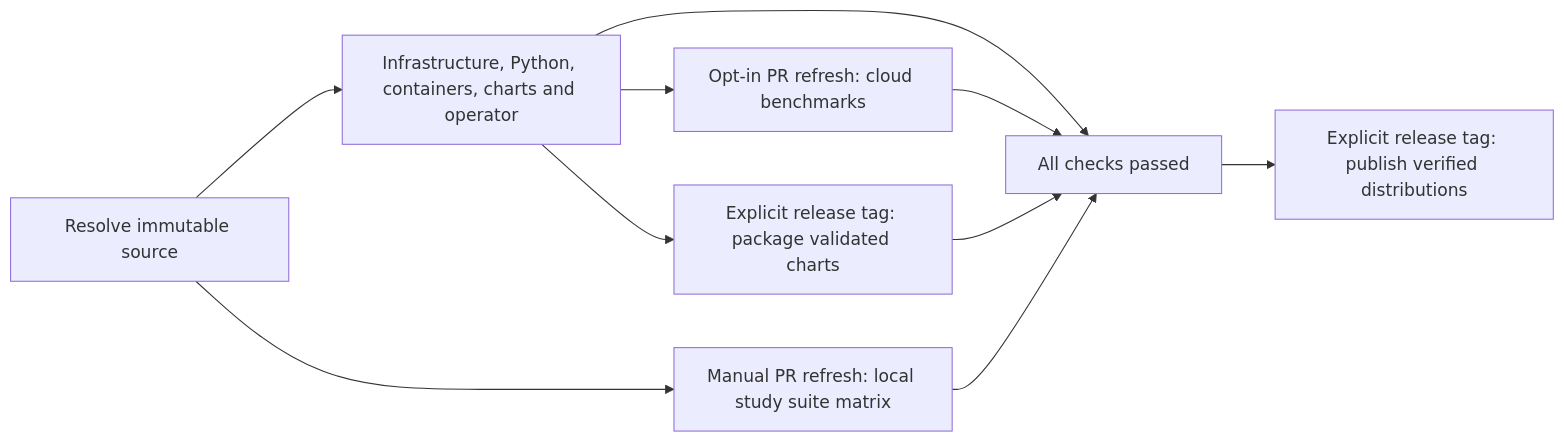
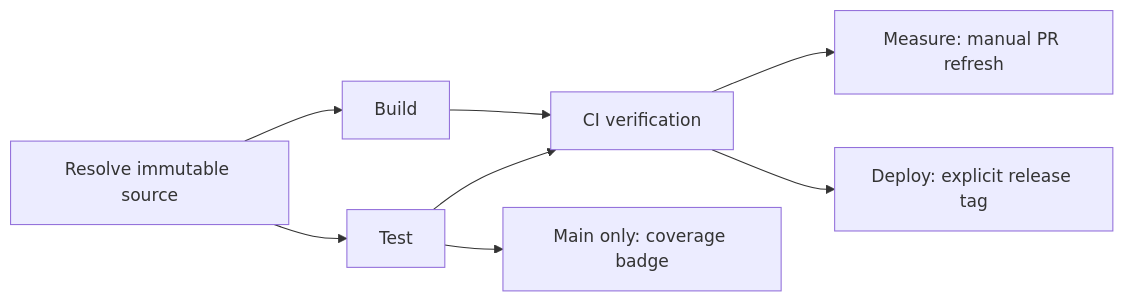
The diagram in docs/development/toolchain.md (astrivant/polyad), drawn with Mermaid before and after one commit. The commit also changed other lines of this file and 13 other files, not shown here.

````diff
--- a/docs/development/toolchain.md
+++ b/docs/development/toolchain.md
@@ -268,12 +280,10 @@
 ```mermaid
 flowchart LR
-    source["Resolve immutable source"] --> checks["Infrastructure, Python, containers, charts and operator"]
-    source --> studies["Manual PR refresh: local study suite matrix"]
-    checks --> verified["All checks passed"]
-    studies --> verified
-    checks --> cloud["Opt-in PR refresh: cloud benchmarks"]
-    cloud --> verified
-    checks --> charts["Explicit release tag: package validated charts"]
-    charts --> verified
-    verified --> publish["Explicit release tag: publish verified distributions"]
+    source["Resolve immutable source"] --> test["Test"]
+    source --> build["Build"]
+    test --> verified["CI verification"]
+    build --> verified
+    verified --> measure["Measure: manual PR refresh"]
+    verified --> deploy["Deploy: explicit release tag"]
+    test --> badge["Main only: coverage badge"]
 ```
````
